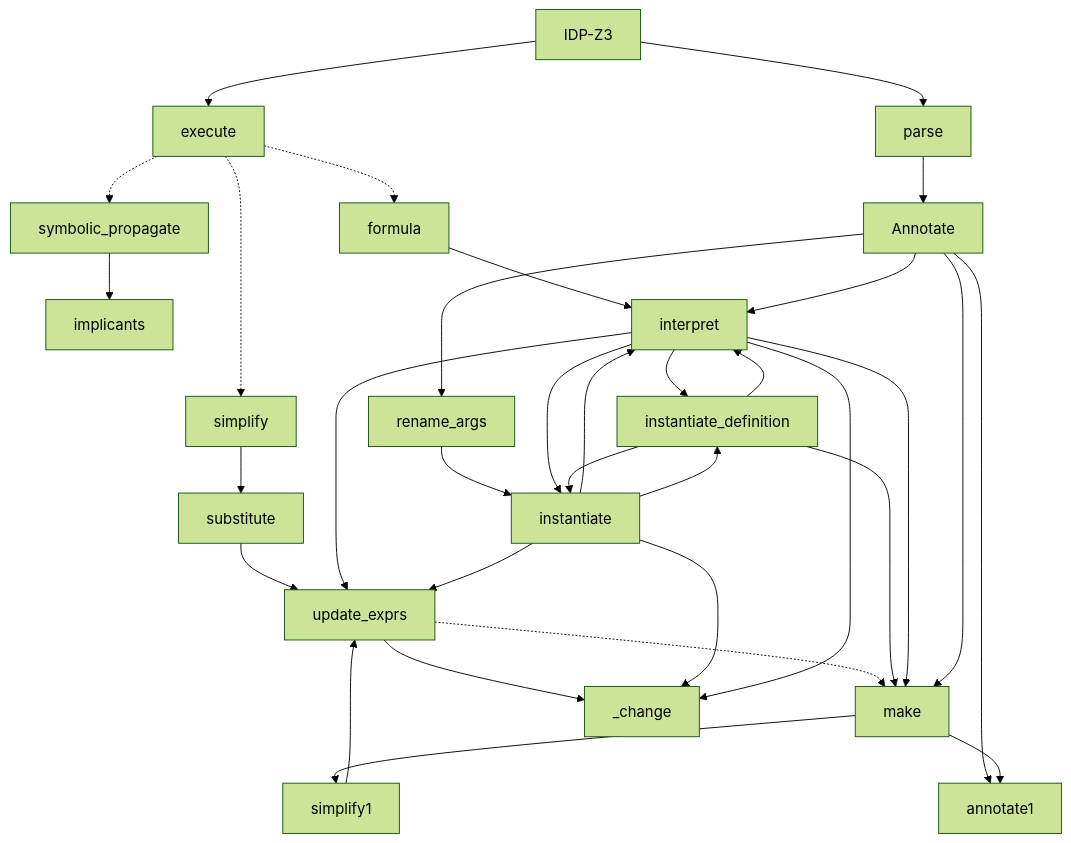
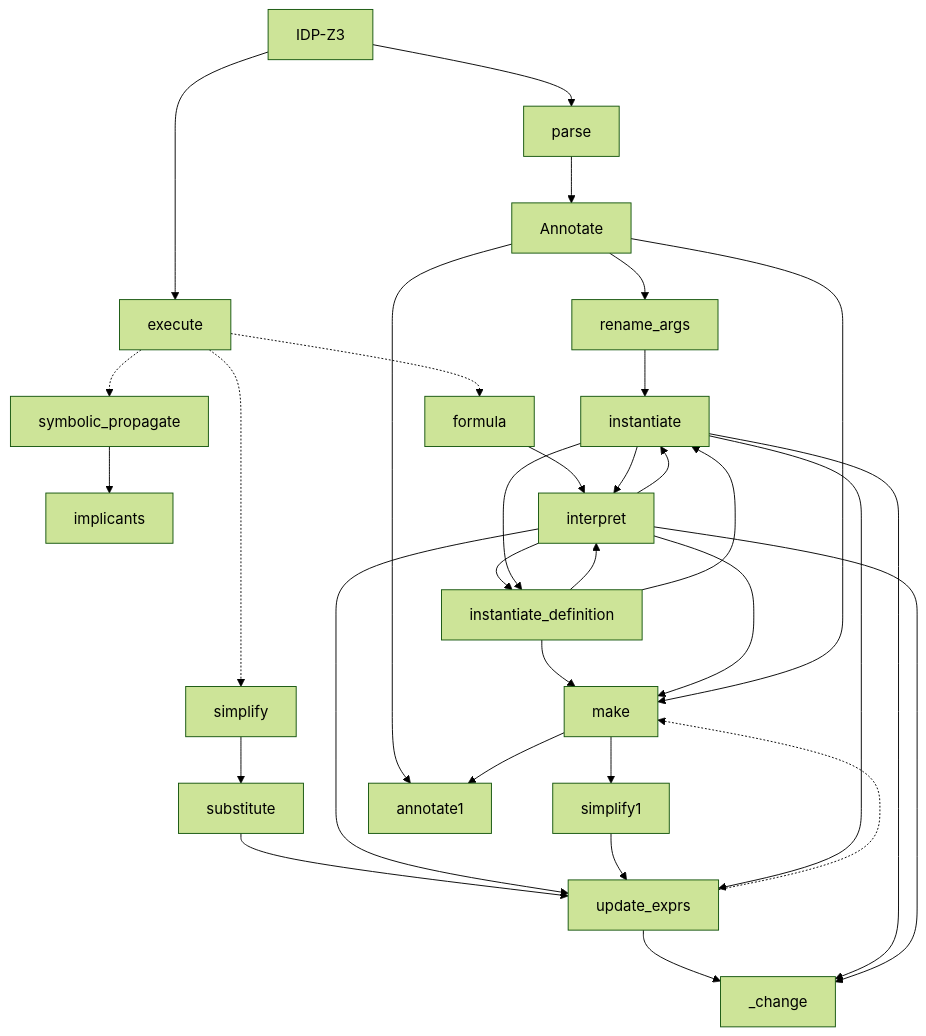
One commit to Sobhangh/IDP-Z3 changed the diagram in docs/zettlr/Call graph.md. Above: the diagram before and after it, drawn with Mermaid (forest theme). The commit also changed 7 other files, not shown here.

Commit message:
refactor: no interpret() in annotate()

````diff
--- a/docs/zettlr/Call graph.md
+++ b/docs/zettlr/Call graph.md
@@ -5,42 +5,41 @@
 ```mermaid
     graph TD
         IDP-Z3 --> parse
         IDP-Z3 --> execute
 
         execute -.-> symbolic_propagate;
         symbolic_propagate --> implicants;
         execute -.-> simplify;
         simplify --> substitute;
         substitute --> update_exprs;
         execute -.-> formula
         formula --> interpret
 
         parse --> Annotate
-        Annotate --> interpret;
         Annotate --> rename_args;
 
         rename_args --> instantiate;
         interpret --> instantiate_definition;
         instantiate_definition --> interpret;
         interpret --> instantiate;
         instantiate --> interpret;
         instantiate --> instantiate_definition;
         instantiate_definition --> instantiate;
         interpret --> update_exprs;
 
         update_exprs -.-> make;
         instantiate_definition --> make;
         update_exprs --> _change;
         interpret --> make;
         simplify1 --> update_exprs;
         make --> simplify1;
         Annotate --> annotate1;
         make --> annotate1;
 
         instantiate --> _change;
         interpret --> _change;
 
         Annotate --> make;
         instantiate --> update_exprs;
 
 ```
````
